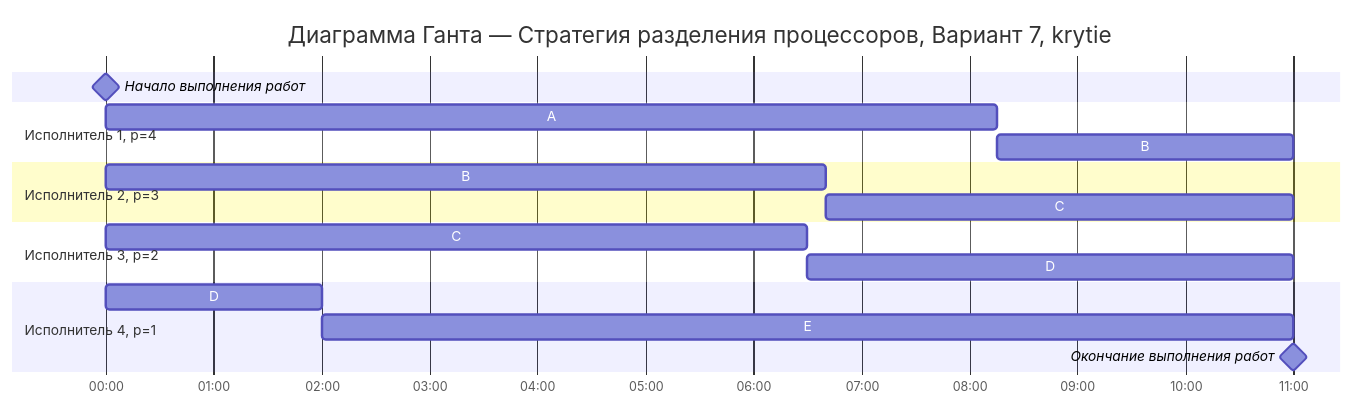
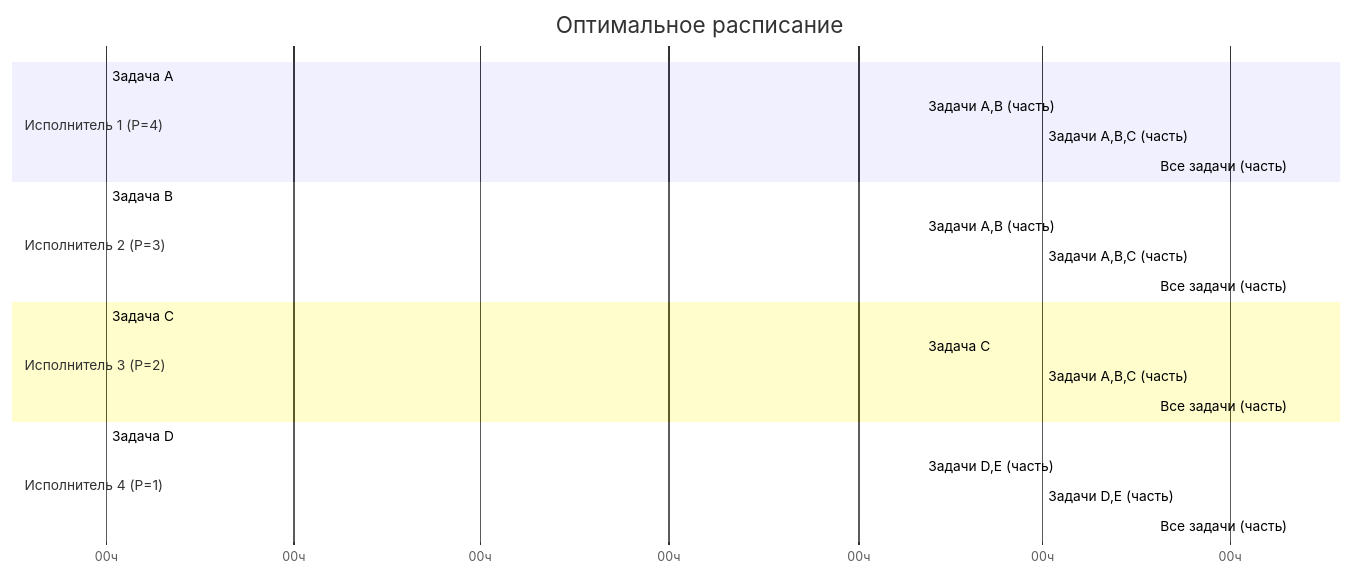
Before and after one commit to algos-ris-24-4/manual-tasks: the diagram in Задание 5/krytie 5.md, drawn with Mermaid. The commit also changed other lines of this file, not shown here.

````diff
--- a/Задание 5/krytie 5.md
+++ b/Задание 5/krytie 5.md
@@ -166,26 +108,31 @@
 ```mermaid
 gantt
-    title Диаграмма Ганта — Стратегия разделения процессоров, Вариант 7, krytie
-    dateFormat DD HH:mm
-    axisFormat %H:%M
+    title Оптимальное расписание
+    dateFormat HH
+    axisFormat %Hч
 
-    Начало выполнения работ : milestone, m1, 01 00:00, 0m
 
-    section Исполнитель 1, p=4
-    A :a1, 01 00:00, 495m
-    B :a2, after a1, 165m
+section Исполнитель 1 (P=4)
+    Задача A: 0, 2
+    Задачи A,B (часть): 2, 2
+    Задачи A,B,C (часть): 4, 4
+    Все задачи (часть): 8, 3
 
-    section Исполнитель 2, p=3
-    B :b1, 01 00:00, 400m
-    C :b2, after b1, 260m
+    section Исполнитель 2 (P=3)
+    Задача B: 0, 2
+    Задачи A,B (часть): 2, 2
+    Задачи A,B,C (часть): 4, 4
+    Все задачи (часть): 8, 3
 
-    section Исполнитель 3, p=2
-    C :c1, 01 00:00, 390m
-    D :c2, after c1, 270m
+    section Исполнитель 3 (P=2)
+    Задача C: 0, 2
+    Задача C: 2, 2
+    Задачи A,B,C (часть): 4, 4
+    Все задачи (часть): 8, 3
 
-    section Исполнитель 4, p=1
-    D :d1, 01 00:00, 120m
-    E :d2, after d1, 540m
-
-    Окончание выполнения работ : milestone, m2, 01 11:00, 0m
+    section Исполнитель 4 (P=1)
+    Задача D: 0, 2
+    Задачи D,E (часть): 2, 2
+    Задачи D,E (часть): 4, 4
+    Все задачи (часть): 8, 3
 ```
````
